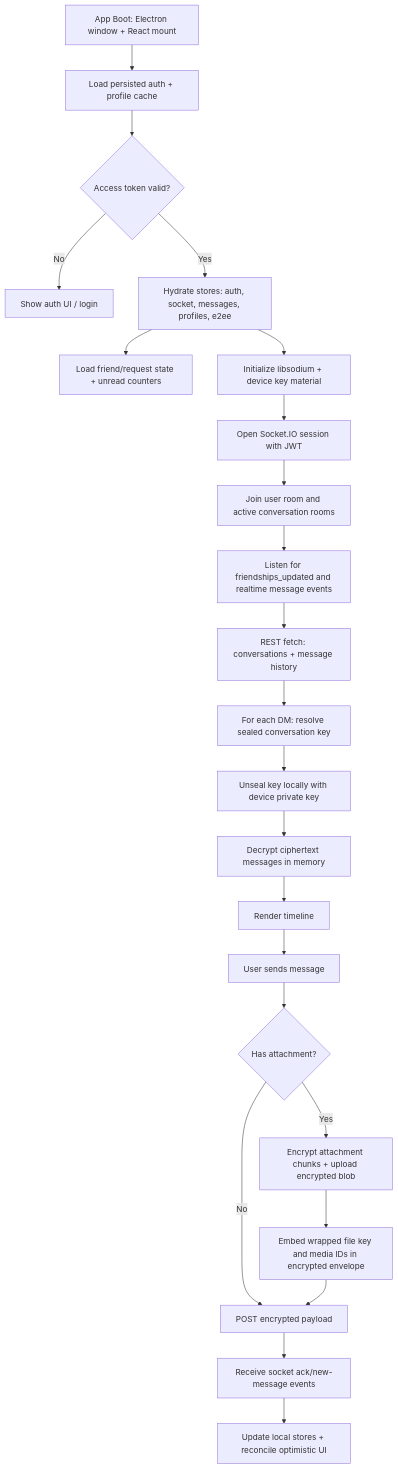
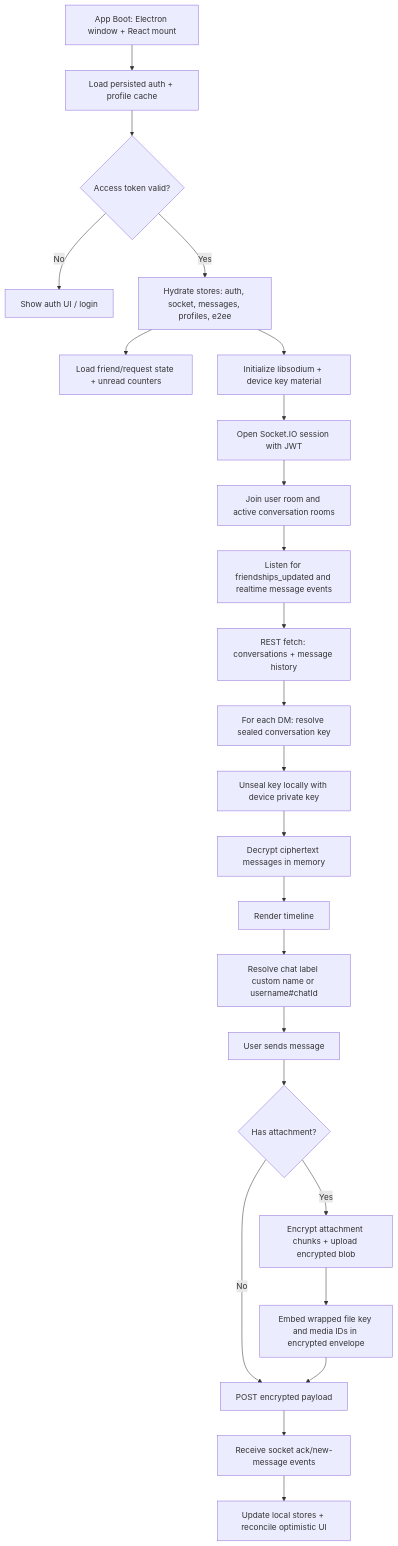
One commit to orbit-chat/orbit-chat changed the fourth of 5 diagrams in README.md. Above: the diagram before and after it, drawn with Mermaid. The commit also changed other lines of this file and 1 other file, not shown here.

Commit message:
feat: add chat display name support and improve error handling in API requests

````diff
--- a/README.md
+++ b/README.md
@@ -187,25 +193,26 @@
 ```mermaid
 flowchart TD
 	A[App Boot: Electron window + React mount] --> B[Load persisted auth + profile cache]
 	B --> C{Access token valid?}
 	C -- No --> D[Show auth UI / login]
 	C -- Yes --> E[Hydrate stores: auth, socket, messages, profiles, e2ee]
 	E --> E2[Load friend/request state + unread counters]
 	E --> F[Initialize libsodium + device key material]
 	F --> G[Open Socket.IO session with JWT]
 	G --> H[Join user room and active conversation rooms]
 	H --> H2[Listen for friendships_updated and realtime message events]
 	H2 --> I[REST fetch: conversations + message history]
 	I --> J[For each DM: resolve sealed conversation key]
 	J --> K[Unseal key locally with device private key]
 	K --> L[Decrypt ciphertext messages in memory]
 	L --> M[Render timeline]
-	M --> N[User sends message]
+	M --> M2[Resolve chat label custom name or username#chatId]
+	M2 --> N[User sends message]
 	N --> O{Has attachment?}
 	O -- No --> P[Encrypt plaintext with conversation key and nonce]
 	O -- Yes --> P2[Encrypt attachment chunks + upload encrypted blob]
 	P2 --> P3[Embed wrapped file key and media IDs in encrypted envelope]
 	P3 --> P[POST encrypted payload]
 	P --> Q[Receive socket ack/new-message events]
 	Q --> R[Update local stores + reconcile optimistic UI]
 ```
````
